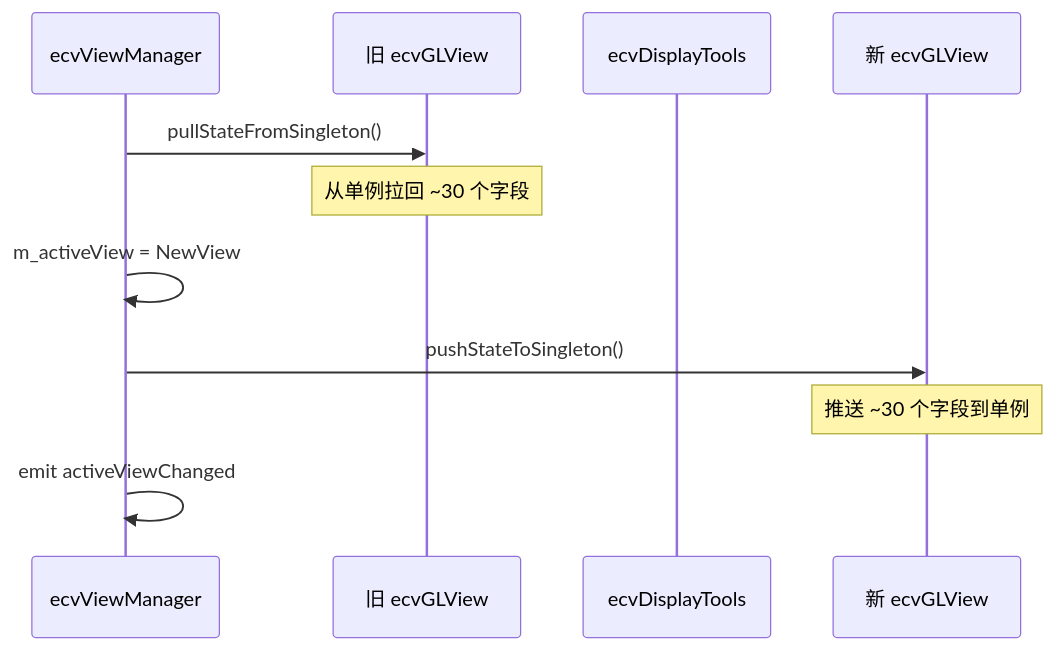
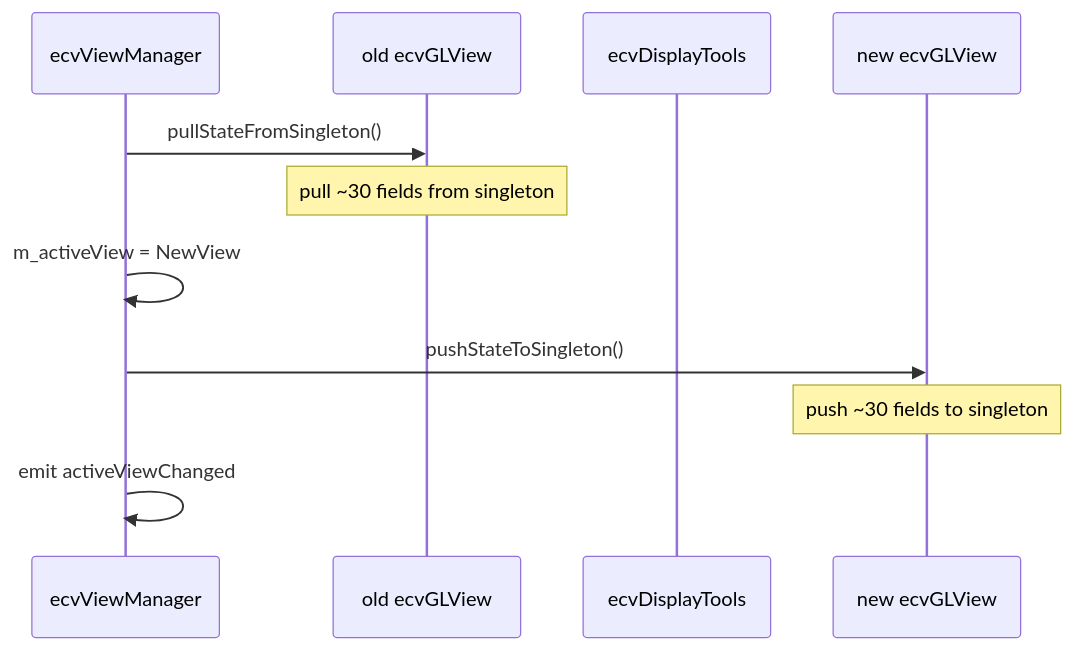
Before and after one commit to Asher-1/ACloudViewer: the ninth of 10 diagrams in docs/user-guide/multi-window-paradigms-CloudCompare-ParaView.md, drawn with Mermaid. The commit also changed other lines of this file and 74 other files, not shown here.

````diff
--- a/docs/user-guide/multi-window-paradigms-CloudCompare-ParaView.md
+++ b/docs/user-guide/multi-window-paradigms-CloudCompare-ParaView.md
@@ -662,14 +662,14 @@
 ```mermaid
 sequenceDiagram
   participant VM as ecvViewManager
-  participant OldView as 旧 ecvGLView
+  participant OldView as old ecvGLView
   participant Singleton as ecvDisplayTools
-  participant NewView as 新 ecvGLView
+  participant NewView as new ecvGLView
 
   VM->>OldView: pullStateFromSingleton()
-  Note over OldView: 从单例拉回 ~30 个字段
+  Note over OldView: pull ~30 fields from singleton
   VM->>VM: m_activeView = NewView
   VM->>NewView: pushStateToSingleton()
-  Note over NewView: 推送 ~30 个字段到单例
+  Note over NewView: push ~30 fields to singleton
   VM->>VM: emit activeViewChanged
 ```
````
